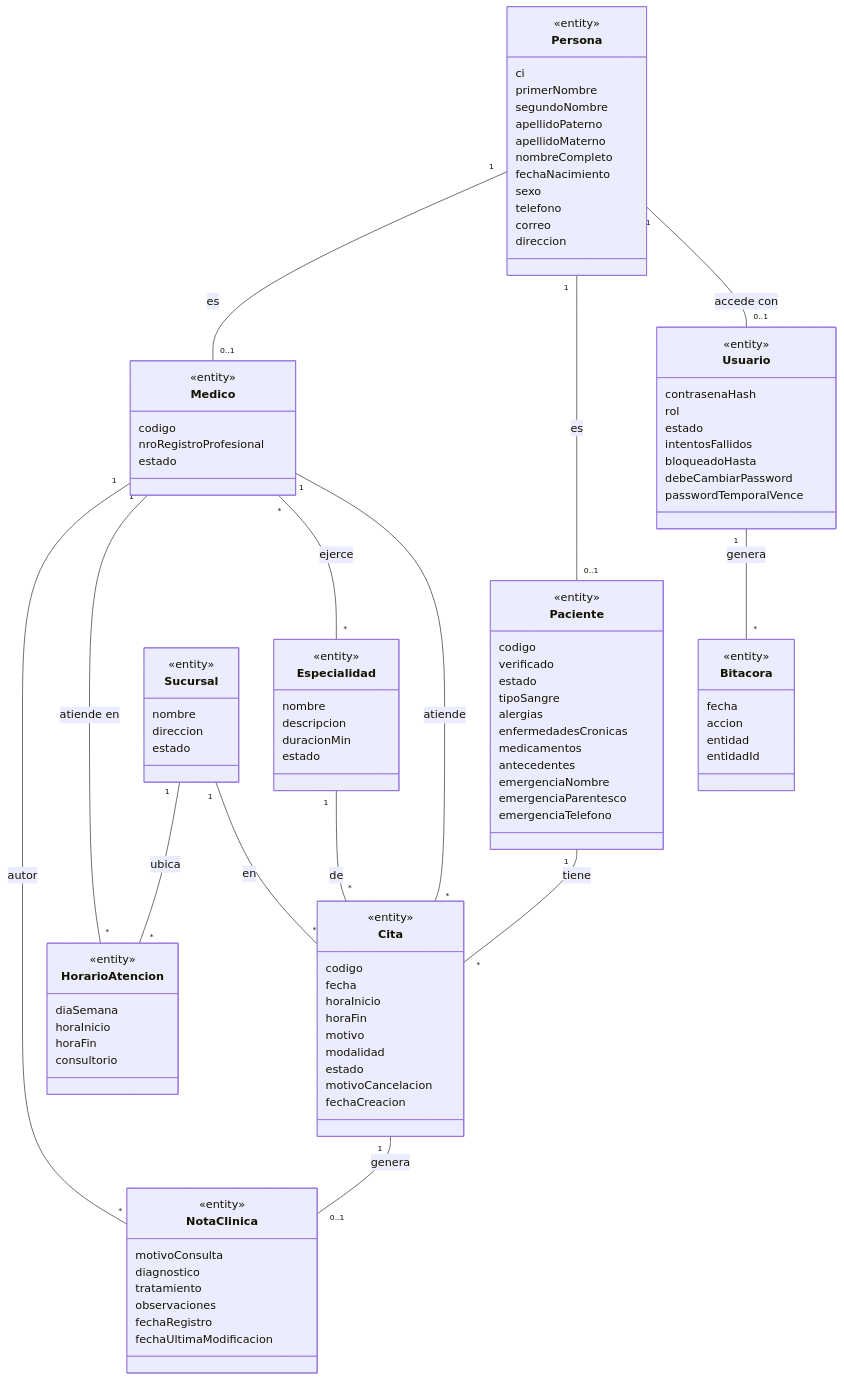
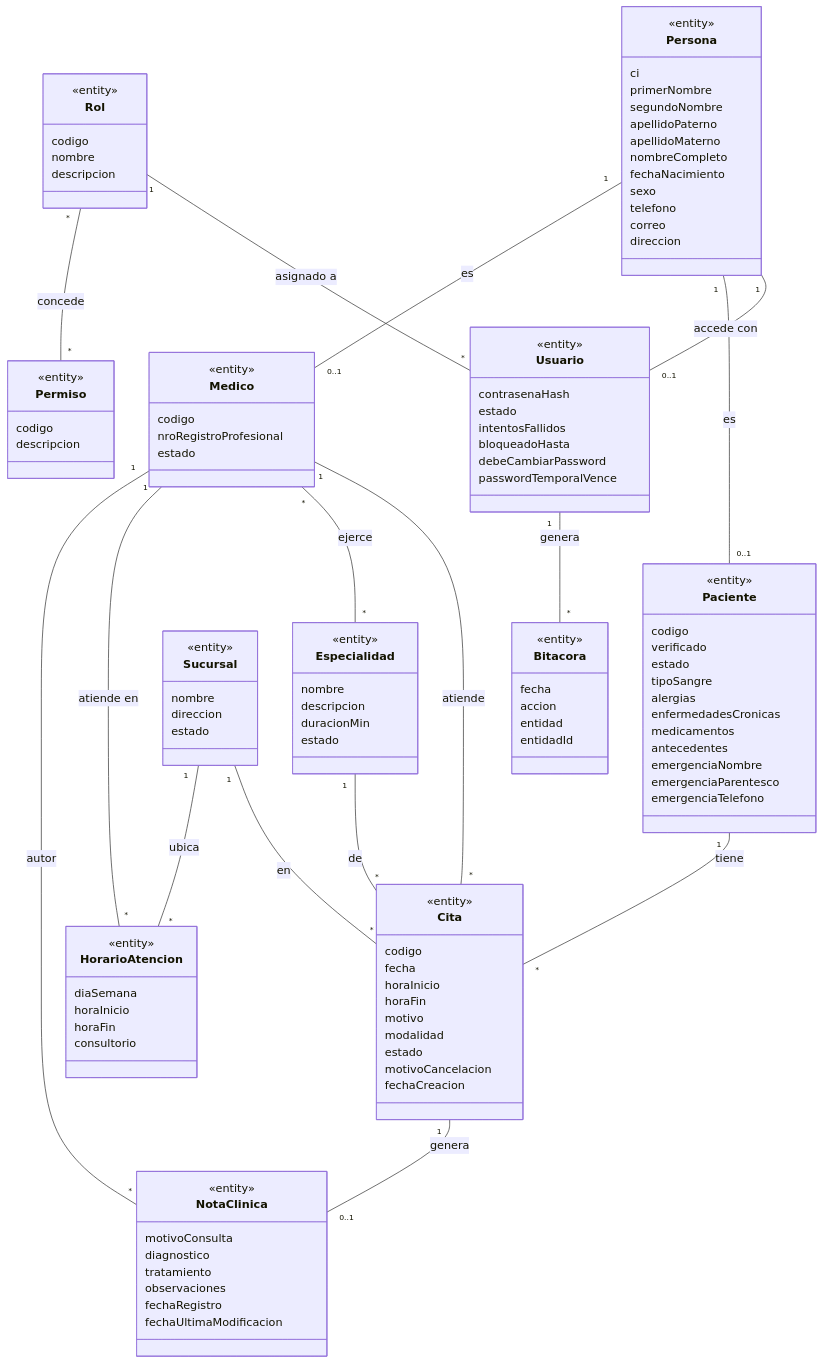
The fourth of 14 diagrams in documento/Informe-Final.md (Einarpd26/2do-examen-ing-requisitos), drawn with Mermaid before and after one commit. The commit also changed other lines of this file, not shown here.

```diff
--- a/documento/Informe-Final.md
+++ b/documento/Informe-Final.md
@@ -575,7 +609,6 @@
     class Usuario {
         <<entity>>
         contrasenaHash
-        rol
         estado
         intentosFallidos
         bloqueadoHasta
@@ -643,6 +676,17 @@
         fechaRegistro
         fechaUltimaModificacion
     }
+    class Rol {
+        <<entity>>
+        codigo
+        nombre
+        descripcion
+    }
+    class Permiso {
+        <<entity>>
+        codigo
+        descripcion
+    }
     class Bitacora {
         <<entity>>
         fecha
@@ -655,6 +699,8 @@
     Persona "1" -- "0..1" Paciente : es
     Persona "1" -- "0..1" Medico : es
     Usuario "1" -- "*" Bitacora : genera
+    Rol "1" -- "*" Usuario : asignado a
+    Rol "*" -- "*" Permiso : concede
     Paciente "1" -- "*" Cita : tiene
     Medico "1" -- "*" Cita : atiende
     Especialidad "1" -- "*" Cita : de
```
